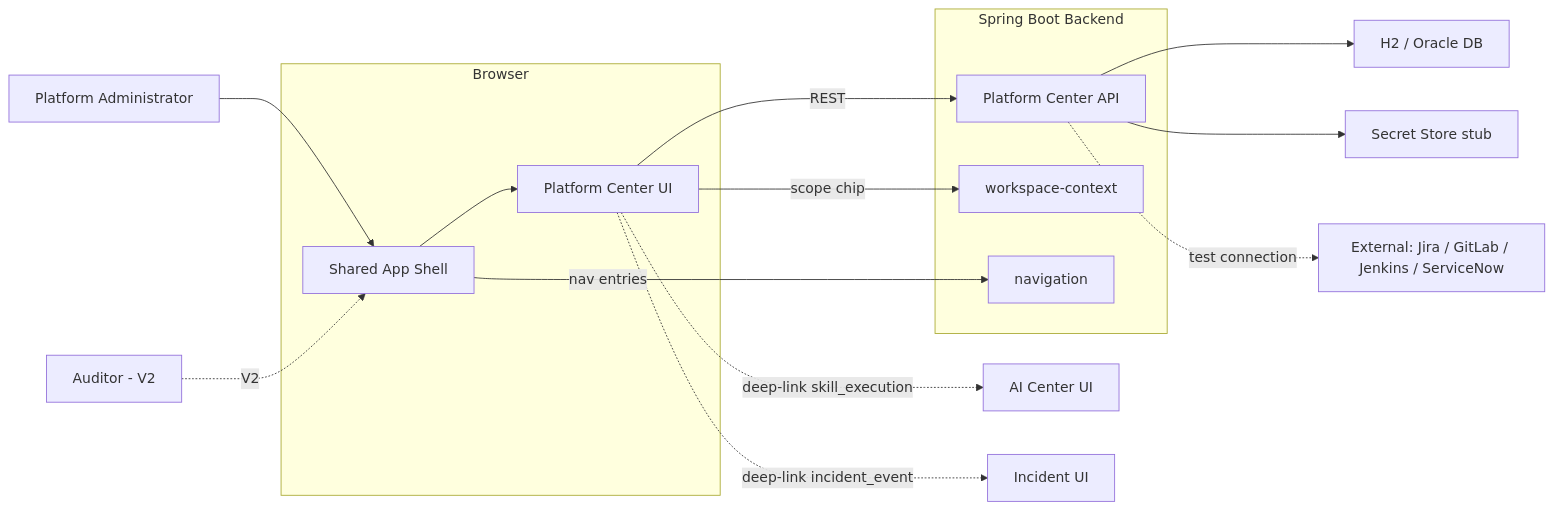
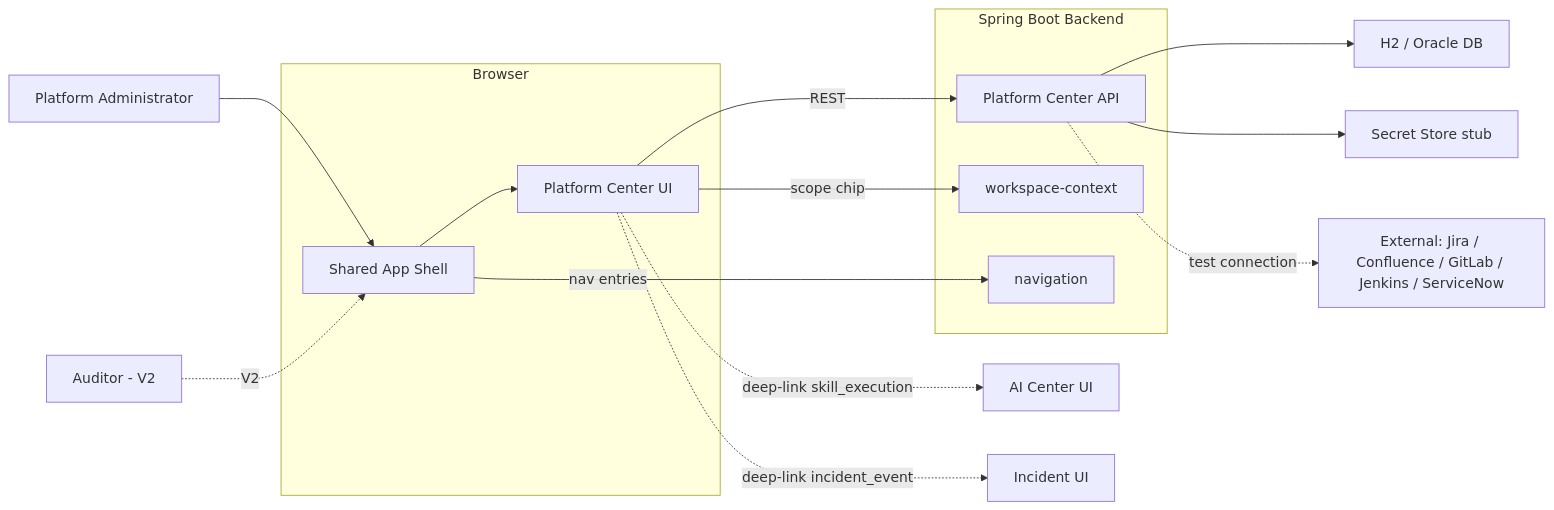
Before and after one commit to wwa-lab/Agentic-SDLC-Control-Tower: the first of 5 diagrams in docs/04-architecture/platform-center-architecture.md, drawn with Mermaid. The commit also changed other lines of this file and 10 other files, not shown here.

````diff
--- a/docs/04-architecture/platform-center-architecture.md
+++ b/docs/04-architecture/platform-center-architecture.md
@@ -29,37 +29,37 @@
 ```mermaid
 graph LR
     PA[Platform Administrator]
     AUD[Auditor - V2]
 
     subgraph Browser
         SHELL[Shared App Shell]
         PC[Platform Center UI]
     end
 
     subgraph Backend[Spring Boot Backend]
         PCAPI[Platform Center API]
         WS[workspace-context]
         NAV[navigation]
     end
 
     DB[H2 / Oracle DB]
     SEC[Secret Store stub]
-    EXT[External: Jira / GitLab / Jenkins / ServiceNow]
+        EXT[External: Jira / Confluence / GitLab / Jenkins / ServiceNow]
 
     AICENTER[AI Center UI]
     INC[Incident UI]
 
     PA --> SHELL
     AUD -. V2 .-> SHELL
     SHELL --> PC
     PC -->|REST| PCAPI
     PC -->|scope chip| WS
     SHELL -->|nav entries| NAV
 
     PCAPI --> DB
     PCAPI --> SEC
     PCAPI -. test connection .-> EXT
 
     PC -. deep-link skill_execution .-> AICENTER
     PC -. deep-link incident_event .-> INC
 ```
````
